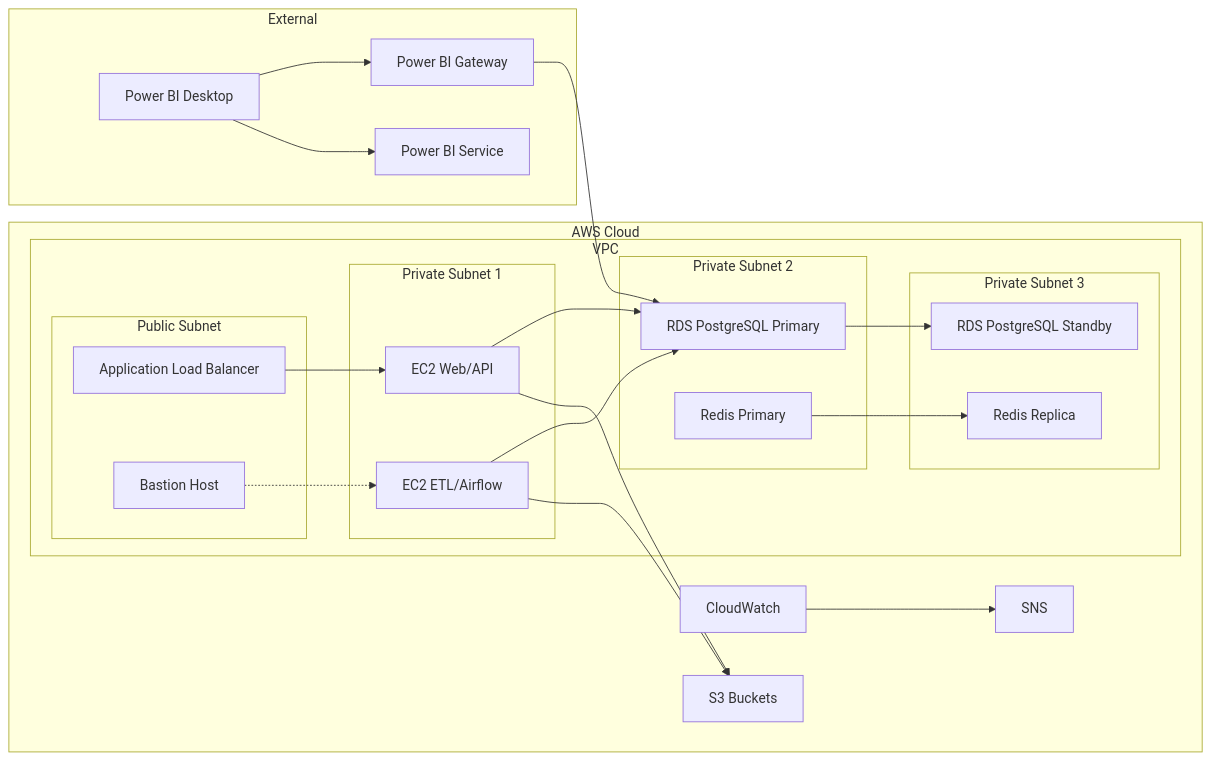
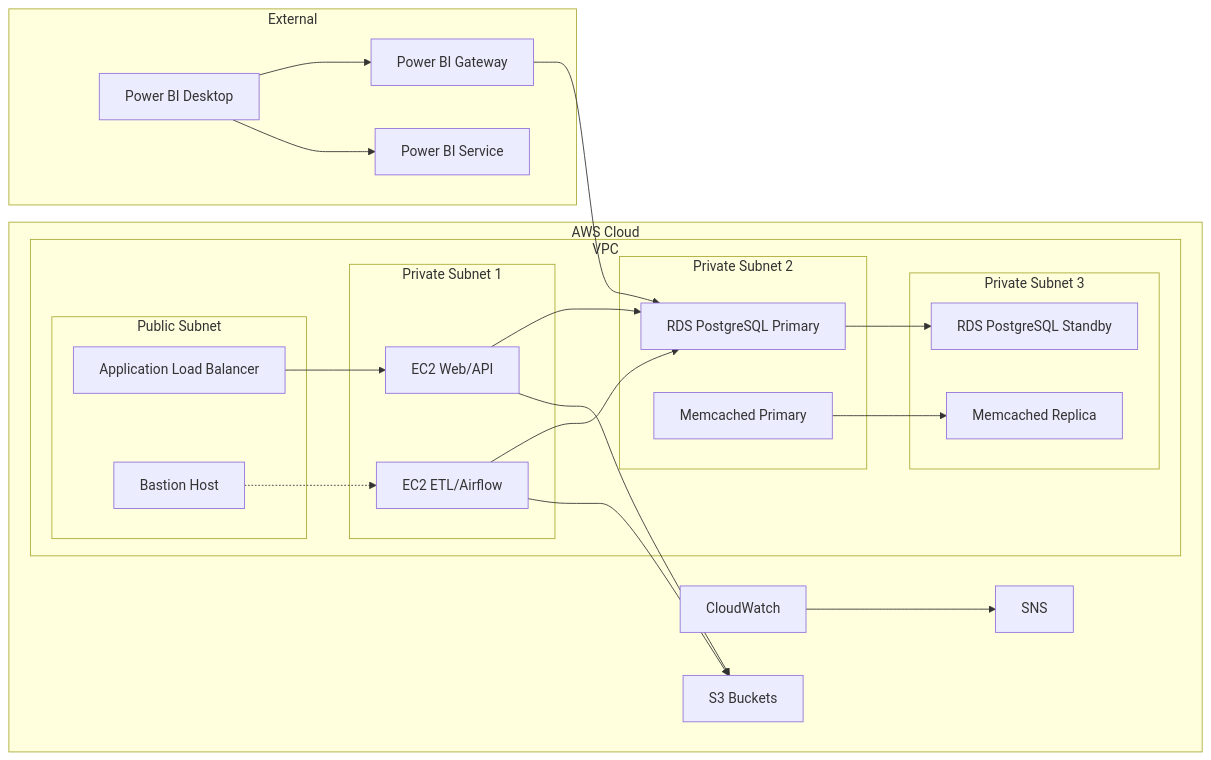
Before and after one commit to yy30537/NBA-Fantasy-Analytics-Platform: the second of 2 diagrams in docs/1-architecture.md, drawn with Mermaid. The commit also changed other lines of this file and 11 other files, not shown here.

````diff
--- a/docs/1-architecture.md
+++ b/docs/1-architecture.md
@@ -193,50 +179,50 @@
 ```mermaid
 flowchart LR
     subgraph "AWS Cloud"
         subgraph "VPC"
             subgraph "Public Subnet"
                 ALB[Application Load Balancer]
                 BastionHost[Bastion Host]
             end
             
             subgraph "Private Subnet 1"
                 EC2_1[EC2 Web/API]
                 EC2_2[EC2 ETL/Airflow]
             end
             
             subgraph "Private Subnet 2"
                 RDS_M[RDS PostgreSQL Primary]
-                Redis_M[Redis Primary]
+                Memcached_M[Memcached Primary]
             end
             
             subgraph "Private Subnet 3"
                 RDS_S[RDS PostgreSQL Standby]
-                Redis_S[Redis Replica]
+                Memcached_S[Memcached Replica]
             end
             
             ALB --> EC2_1
             BastionHost -.-> EC2_2
             EC2_1 --> RDS_M
             EC2_2 --> RDS_M
             RDS_M --> RDS_S
-            Redis_M --> Redis_S
+            Memcached_M --> Memcached_S
         end
         
         S3[S3 Buckets]
         CloudWatch[CloudWatch]
         
         EC2_1 --> S3
         EC2_2 --> S3
         CloudWatch --> SNS[SNS]
     end
     
     subgraph "External"
         BI[Power BI Desktop]
         Gateway[Power BI Gateway]
         PBIService[Power BI Service]
     end
     
     Gateway --> RDS_M
     BI --> Gateway
     BI --> PBIService
 ```
````
